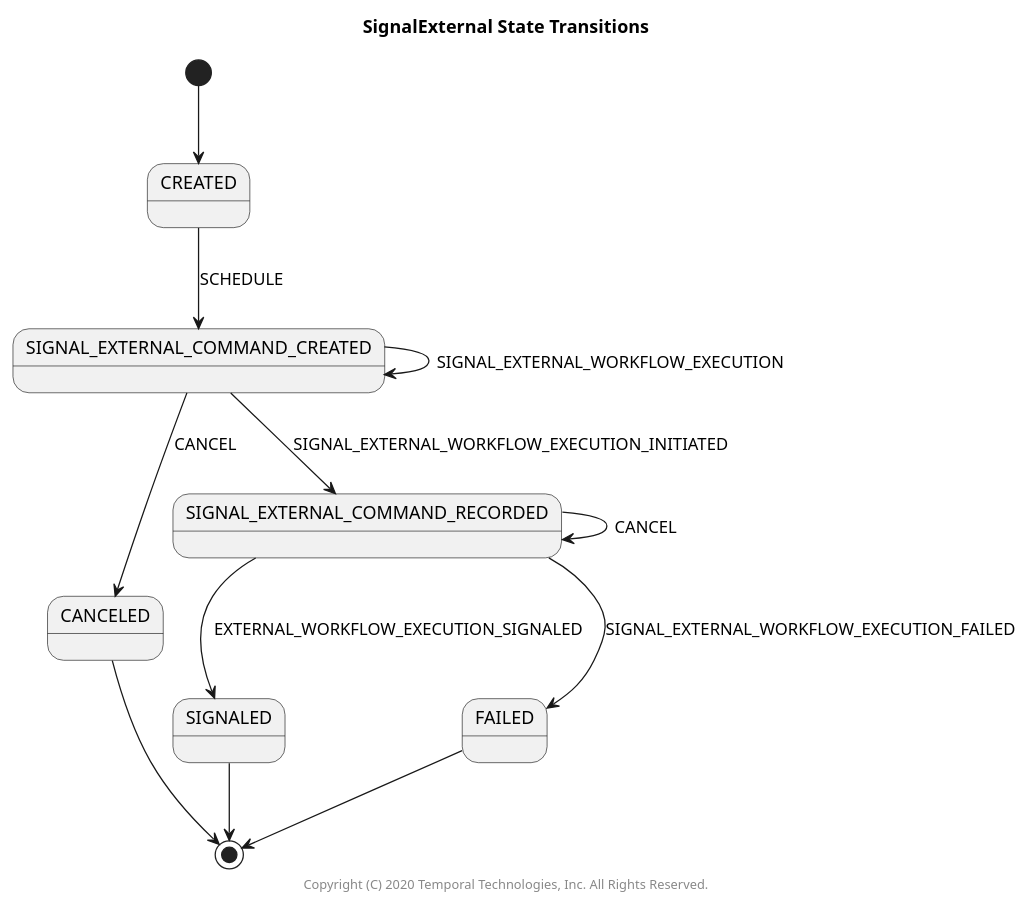
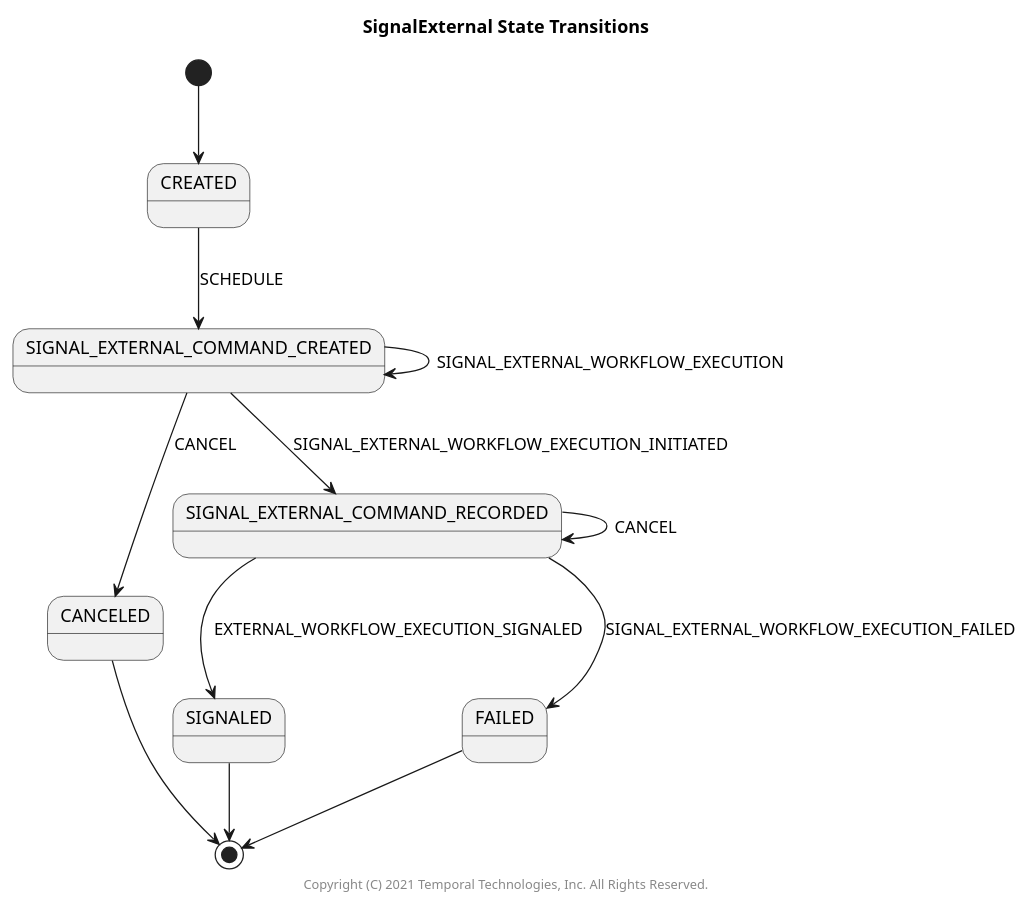
Before and after one commit to temporalio/sdk-java: the diagram in temporal-sdk/src/main/java/io/temporal/internal/statemachines/SignalExternalStateMachine.puml, drawn with PlantUML. The commit also changed 16 other files, not shown here.

```diff
--- a/temporal-sdk/src/main/java/io/temporal/internal/statemachines/SignalExternalStateMachine.puml
+++ b/temporal-sdk/src/main/java/io/temporal/internal/statemachines/SignalExternalStateMachine.puml
@@ -23,16 +23,16 @@
 @startuml
 title SignalExternal State Transitions
 
 [*] --> CREATED
 CREATED --> SIGNAL_EXTERNAL_COMMAND_CREATED: SCHEDULE
 SIGNAL_EXTERNAL_COMMAND_CREATED --> SIGNAL_EXTERNAL_COMMAND_CREATED: SIGNAL_EXTERNAL_WORKFLOW_EXECUTION
 SIGNAL_EXTERNAL_COMMAND_CREATED --> CANCELED: CANCEL
 SIGNAL_EXTERNAL_COMMAND_CREATED --> SIGNAL_EXTERNAL_COMMAND_RECORDED: SIGNAL_EXTERNAL_WORKFLOW_EXECUTION_INITIATED
 SIGNAL_EXTERNAL_COMMAND_RECORDED --> SIGNAL_EXTERNAL_COMMAND_RECORDED: CANCEL
 SIGNAL_EXTERNAL_COMMAND_RECORDED --> SIGNALED: EXTERNAL_WORKFLOW_EXECUTION_SIGNALED
 SIGNAL_EXTERNAL_COMMAND_RECORDED --> FAILED: SIGNAL_EXTERNAL_WORKFLOW_EXECUTION_FAILED
 SIGNALED --> [*]
 FAILED --> [*]
 CANCELED --> [*]
-center footer Copyright (C) 2020 Temporal Technologies, Inc. All Rights Reserved.
+center footer Copyright (C) 2021 Temporal Technologies, Inc. All Rights Reserved.
 @enduml
```
